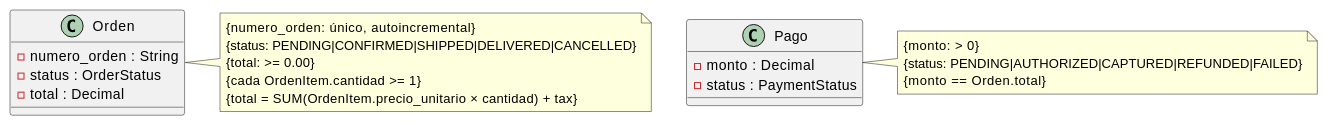
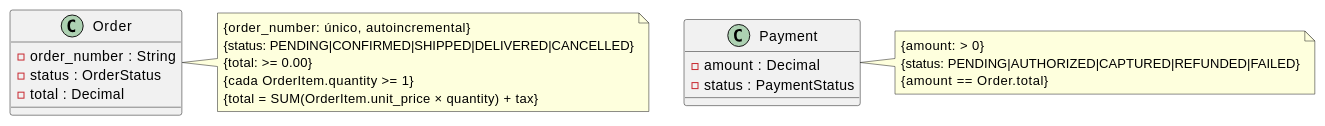
Before and after one commit to jcg-admin/IACT-docs: the seventh of 7 diagrams in source/normativa/estandares/metodologia-analisis-dominio-ucs.rst, drawn with PlantUML. The commit also changed other lines of this file, not shown here.

```diff
--- a/source/normativa/estandares/metodologia-analisis-dominio-ucs.rst
+++ b/source/normativa/estandares/metodologia-analisis-dominio-ucs.rst
@@ -680,27 +680,27 @@
 .. uml::
 
    @startuml
 
-   class Orden {
-     - numero_orden : String
+   class Order {
+     - order_number : String
      - status : OrderStatus
      - total : Decimal
    }
-   note right of Orden
-     {numero_orden: único, autoincremental}
+   note right of Order
+     {order_number: único, autoincremental}
      {status: PENDING|CONFIRMED|SHIPPED|DELIVERED|CANCELLED}
      {total: >= 0.00}
-     {cada OrdenItem.cantidad >= 1}
-     {total = SUM(OrdenItem.precio_unitario × cantidad) + tax}
+     {cada OrderItem.quantity >= 1}
+     {total = SUM(OrderItem.unit_price × quantity) + tax}
    end note
 
-   class Pago {
-     - monto : Decimal
+   class Payment {
+     - amount : Decimal
      - status : PaymentStatus
    }
-   note right of Pago
-     {monto: > 0}
+   note right of Payment
+     {amount: > 0}
      {status: PENDING|AUTHORIZED|CAPTURED|REFUNDED|FAILED}
-     {monto == Orden.total}
+     {amount == Order.total}
    end note
    @enduml
```
